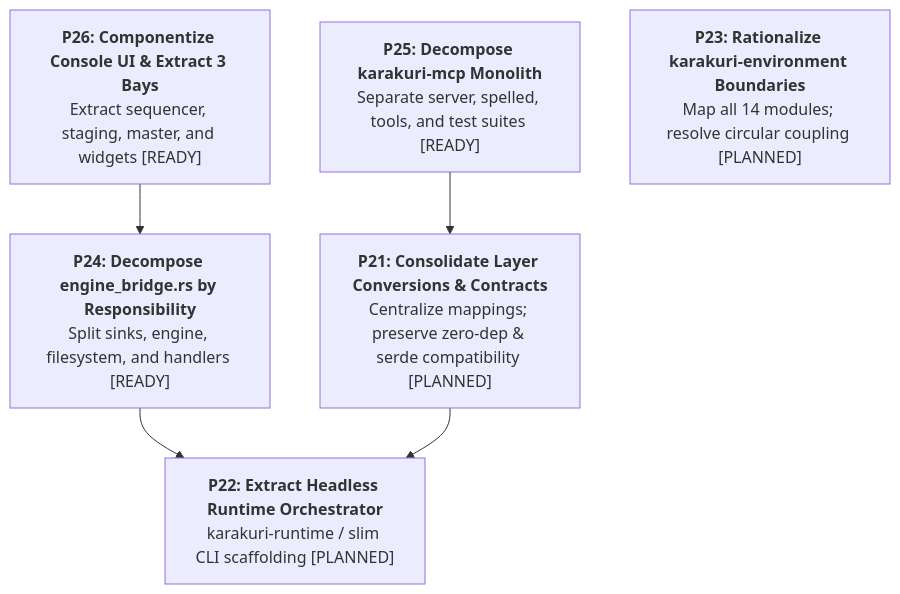
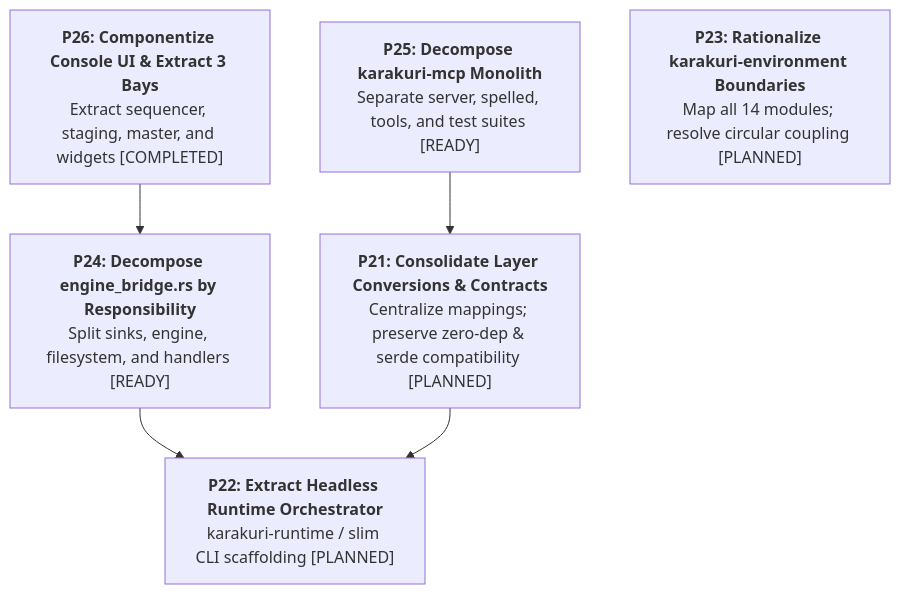
Before and after one commit to toyoshim-i/Karakuri: the diagram in docs/refactoring.md, drawn with Mermaid. The commit also changed other lines of this file, not shown here.

First line of the commit message:
docs: mark P26 completed in docs/refactoring.md

````diff
--- a/docs/refactoring.md
+++ b/docs/refactoring.md
@@ -76,14 +76,14 @@
 ```mermaid
 graph TD
-    P26["<b>P26: Componentize Console UI & Extract 3 Bays</b><br/>Extract sequencer, staging, master, and widgets [READY]"]
+    P26["<b>P26: Componentize Console UI & Extract 3 Bays</b><br/>Extract sequencer, staging, master, and widgets [COMPLETED]"]
     P25["<b>P25: Decompose karakuri-mcp Monolith</b><br/>Separate server, spelled, tools, and test suites [READY]"]
     P24["<b>P24: Decompose engine_bridge.rs by Responsibility</b><br/>Split sinks, engine, filesystem, and handlers [READY]"]
     P22["<b>P22: Extract Headless Runtime Orchestrator</b><br/>karakuri-runtime / slim CLI scaffolding [PLANNED]"]
     P21["<b>P21: Consolidate Layer Conversions & Contracts</b><br/>Centralize mappings; preserve zero-dep & serde compatibility [PLANNED]"]
     P23["<b>P23: Rationalize karakuri-environment Boundaries</b><br/>Map all 14 modules; resolve circular coupling [PLANNED]"]
 
     P26 --> P24
     P25 --> P21
     P24 --> P22
     P21 --> P22
 ```
````
